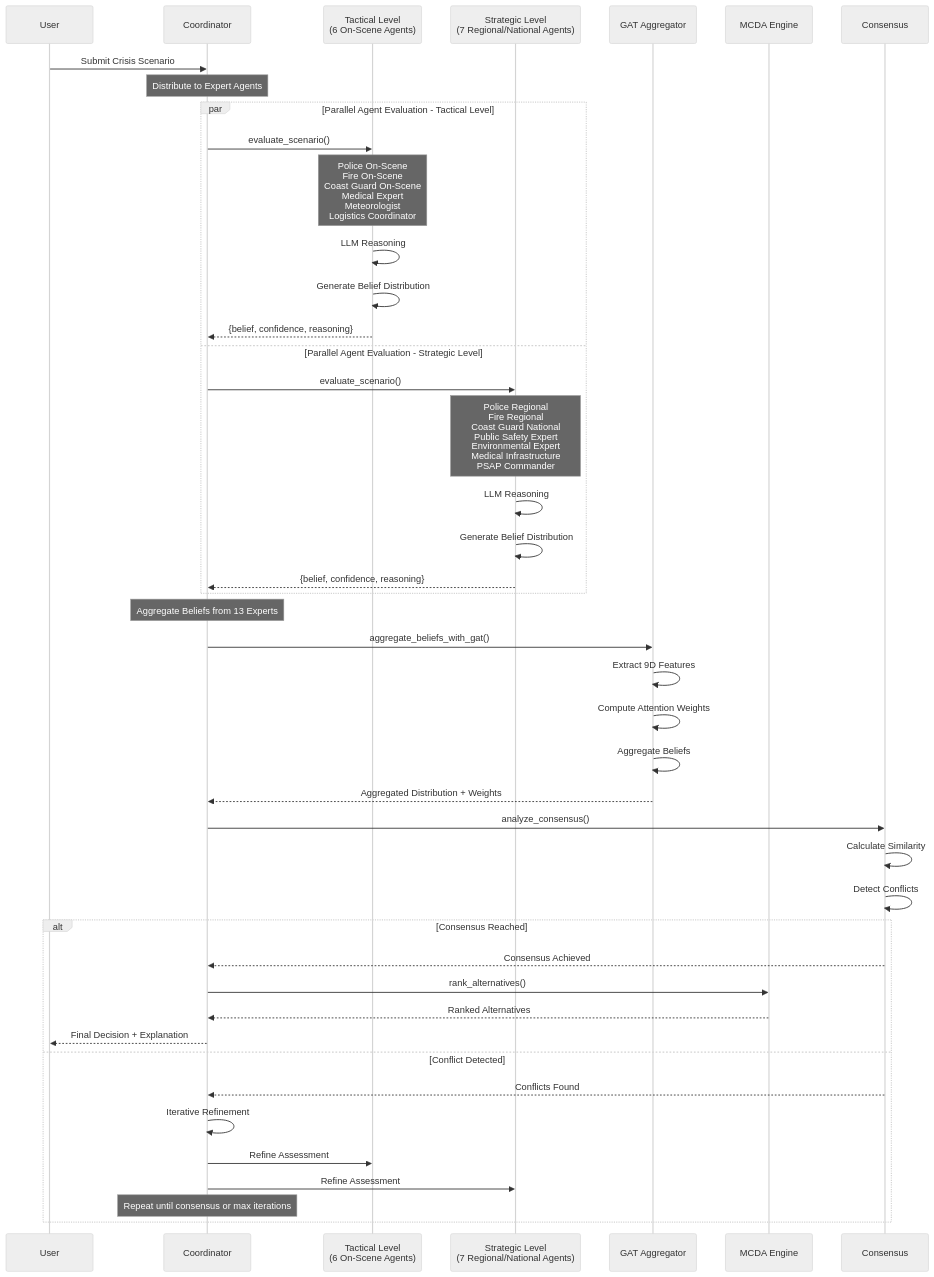
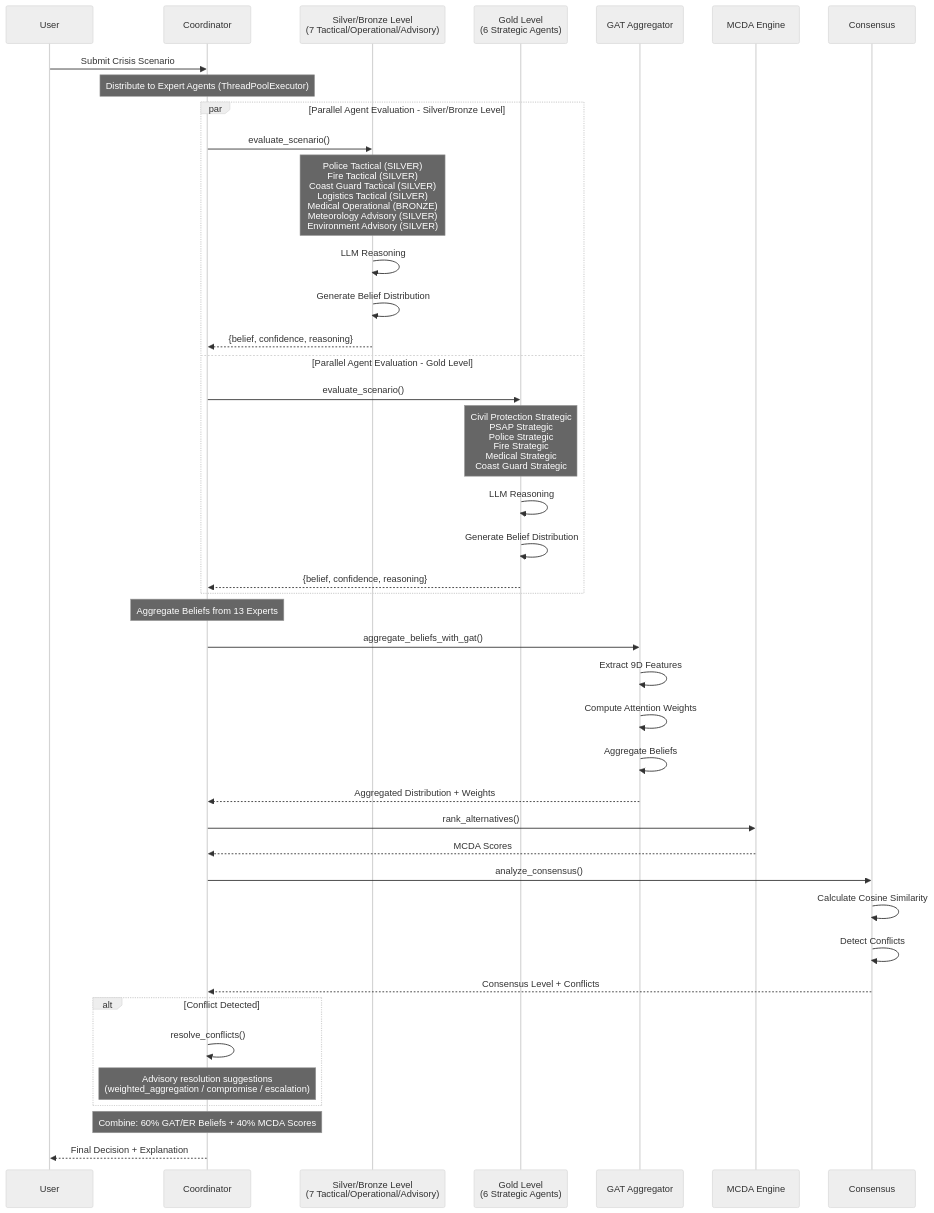
The ninth of 19 diagrams in ARCHITECTURE_DIAGRAMS.md (kerbgr/crisis_mas_poc), drawn with Mermaid (neutral theme) before and after one commit. The commit also changed other lines of this file, not shown here.

Commit message:
memrmaid rendering fix

````diff
--- a/ARCHITECTURE_DIAGRAMS.md
+++ b/ARCHITECTURE_DIAGRAMS.md
@@ -421,53 +421,52 @@
 ```mermaid
 sequenceDiagram
     participant User
     participant Coordinator
-    participant Tactical as Tactical Level<br/>(6 On-Scene Agents)
-    participant Strategic as Strategic Level<br/>(7 Regional/National Agents)
+    participant SilverBronze as Silver/Bronze Level<br/>(7 Tactical/Operational/Advisory)
+    participant Gold as Gold Level<br/>(6 Strategic Agents)
     participant GAT as GAT Aggregator
     participant MCDA as MCDA Engine
     participant Consensus
 
     User->>Coordinator: Submit Crisis Scenario
 
-    Note over Coordinator: Distribute to Expert Agents
+    Note over Coordinator: Distribute to Expert Agents (ThreadPoolExecutor)
 
-    par Parallel Agent Evaluation - Tactical Level
-        Coordinator->>Tactical: evaluate_scenario()
-        Note over Tactical: Police On-Scene<br/>Fire On-Scene<br/>Coast Guard On-Scene<br/>Medical Expert<br/>Meteorologist<br/>Logistics Coordinator
-        Tactical->>Tactical: LLM Reasoning
-        Tactical->>Tactical: Generate Belief Distribution
-        Tactical-->>Coordinator: {belief, confidence, reasoning}
-    and Parallel Agent Evaluation - Strategic Level
-        Coordinator->>Strategic: evaluate_scenario()
-        Note over Strategic: Police Regional<br/>Fire Regional<br/>Coast Guard National<br/>Public Safety Expert<br/>Environmental Expert<br/>Medical Infrastructure<br/>PSAP Commander
-        Strategic->>Strategic: LLM Reasoning
-        Strategic->>Strategic: Generate Belief Distribution
-        Strategic-->>Coordinator: {belief, confidence, reasoning}
+    par Parallel Agent Evaluation - Silver/Bronze Level
+        Coordinator->>SilverBronze: evaluate_scenario()
+        Note over SilverBronze: Police Tactical (SILVER)<br/>Fire Tactical (SILVER)<br/>Coast Guard Tactical (SILVER)<br/>Logistics Tactical (SILVER)<br/>Medical Operational (BRONZE)<br/>Meteorology Advisory (SILVER)<br/>Environment Advisory (SILVER)
+        SilverBronze->>SilverBronze: LLM Reasoning
+        SilverBronze->>SilverBronze: Generate Belief Distribution
+        SilverBronze-->>Coordinator: {belief, confidence, reasoning}
+    and Parallel Agent Evaluation - Gold Level
+        Coordinator->>Gold: evaluate_scenario()
+        Note over Gold: Civil Protection Strategic<br/>PSAP Strategic<br/>Police Strategic<br/>Fire Strategic<br/>Medical Strategic<br/>Coast Guard Strategic
+        Gold->>Gold: LLM Reasoning
+        Gold->>Gold: Generate Belief Distribution
+        Gold-->>Coordinator: {belief, confidence, reasoning}
     end
 
     Note over Coordinator: Aggregate Beliefs from 13 Experts
 
     Coordinator->>GAT: aggregate_beliefs_with_gat()
     GAT->>GAT: Extract 9D Features
     GAT->>GAT: Compute Attention Weights
     GAT->>GAT: Aggregate Beliefs
     GAT-->>Coordinator: Aggregated Distribution + Weights
 
+    Coordinator->>MCDA: rank_alternatives()
+    MCDA-->>Coordinator: MCDA Scores
+
     Coordinator->>Consensus: analyze_consensus()
-    Consensus->>Consensus: Calculate Similarity
+    Consensus->>Consensus: Calculate Cosine Similarity
     Consensus->>Consensus: Detect Conflicts
+    Consensus-->>Coordinator: Consensus Level + Conflicts
 
-    alt Consensus Reached
-        Consensus-->>Coordinator: Consensus Achieved
-        Coordinator->>MCDA: rank_alternatives()
-        MCDA-->>Coordinator: Ranked Alternatives
-        Coordinator-->>User: Final Decision + Explanation
-    else Conflict Detected
-        Consensus-->>Coordinator: Conflicts Found
-        Coordinator->>Coordinator: Iterative Refinement
-        Coordinator->>Tactical: Refine Assessment
-        Coordinator->>Strategic: Refine Assessment
-        Note over Coordinator: Repeat until consensus or max iterations
+    alt Conflict Detected
+        Coordinator->>Coordinator: resolve_conflicts()
+        Note over Coordinator: Advisory resolution suggestions<br/>(weighted_aggregation / compromise / escalation)
     end
+
+    Note over Coordinator: Combine: 60% GAT/ER Beliefs + 40% MCDA Scores
+    Coordinator-->>User: Final Decision + Explanation
 ```
````
